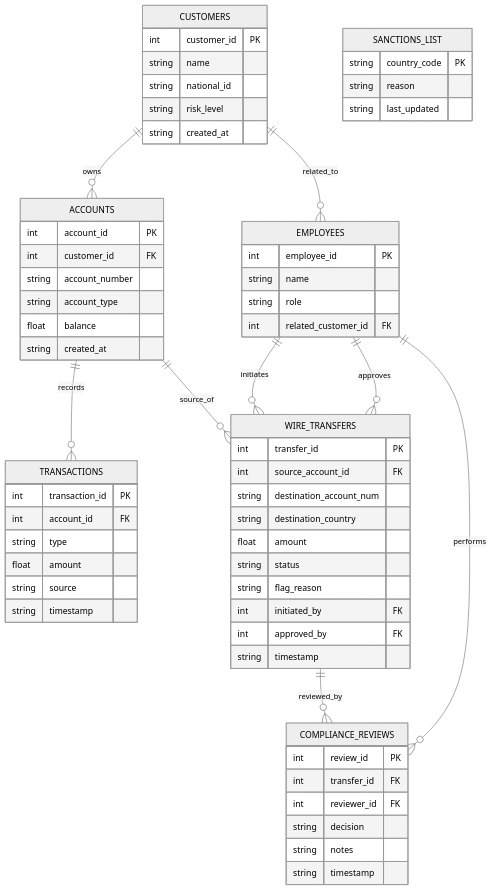
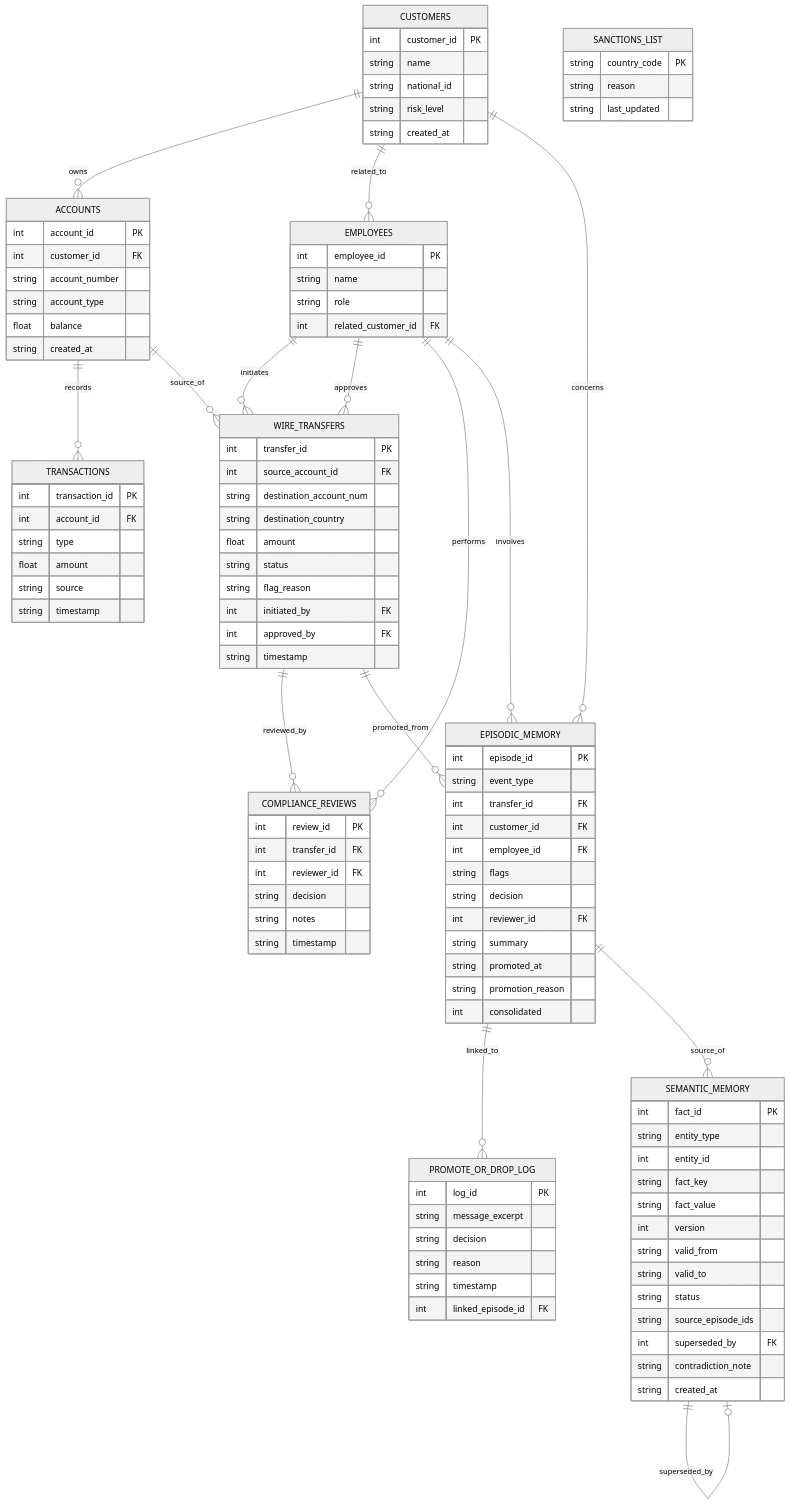
Before and after one commit to meriamsamy/Sterling-Vance-Bank-B: the diagram in db/README.md, drawn with Mermaid (neutral theme).

Commit message:
Update ERD with episodic/semantic memory entities

````diff
--- a/db/README.md
+++ b/db/README.md
@@ -63,4 +63,49 @@
     string notes
     string timestamp
   }
+
+  WIRE_TRANSFERS ||--o{ EPISODIC_MEMORY : promoted_from
+  CUSTOMERS ||--o{ EPISODIC_MEMORY : concerns
+  EMPLOYEES ||--o{ EPISODIC_MEMORY : involves
+  EPISODIC_MEMORY ||--o{ PROMOTE_OR_DROP_LOG : linked_to
+  EPISODIC_MEMORY ||--o{ SEMANTIC_MEMORY : source_of
+  SEMANTIC_MEMORY ||--o| SEMANTIC_MEMORY : superseded_by
+
+  EPISODIC_MEMORY {
+    int episode_id PK
+    string event_type
+    int transfer_id FK
+    int customer_id FK
+    int employee_id FK
+    string flags
+    string decision
+    int reviewer_id FK
+    string summary
+    string promoted_at
+    string promotion_reason
+    int consolidated
+  }
+  PROMOTE_OR_DROP_LOG {
+    int log_id PK
+    string message_excerpt
+    string decision
+    string reason
+    string timestamp
+    int linked_episode_id FK
+  }
+  SEMANTIC_MEMORY {
+    int fact_id PK
+    string entity_type
+    int entity_id
+    string fact_key
+    string fact_value
+    int version
+    string valid_from
+    string valid_to
+    string status
+    string source_episode_ids
+    int superseded_by FK
+    string contradiction_note
+    string created_at
+  }
 ```
````
